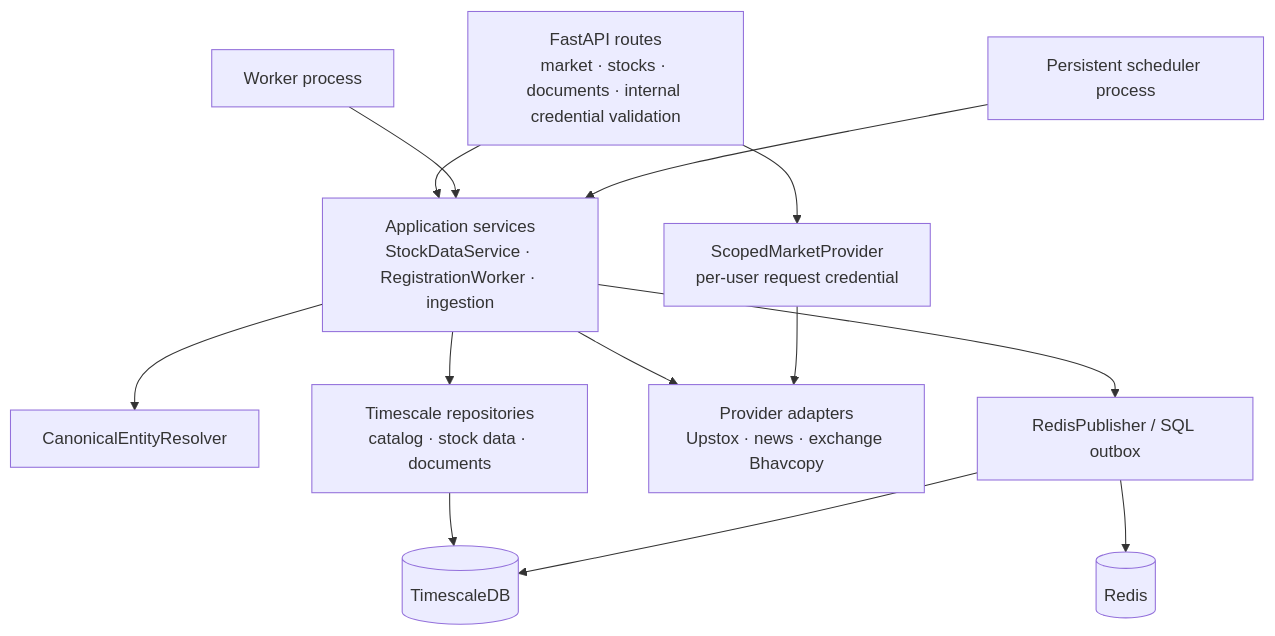
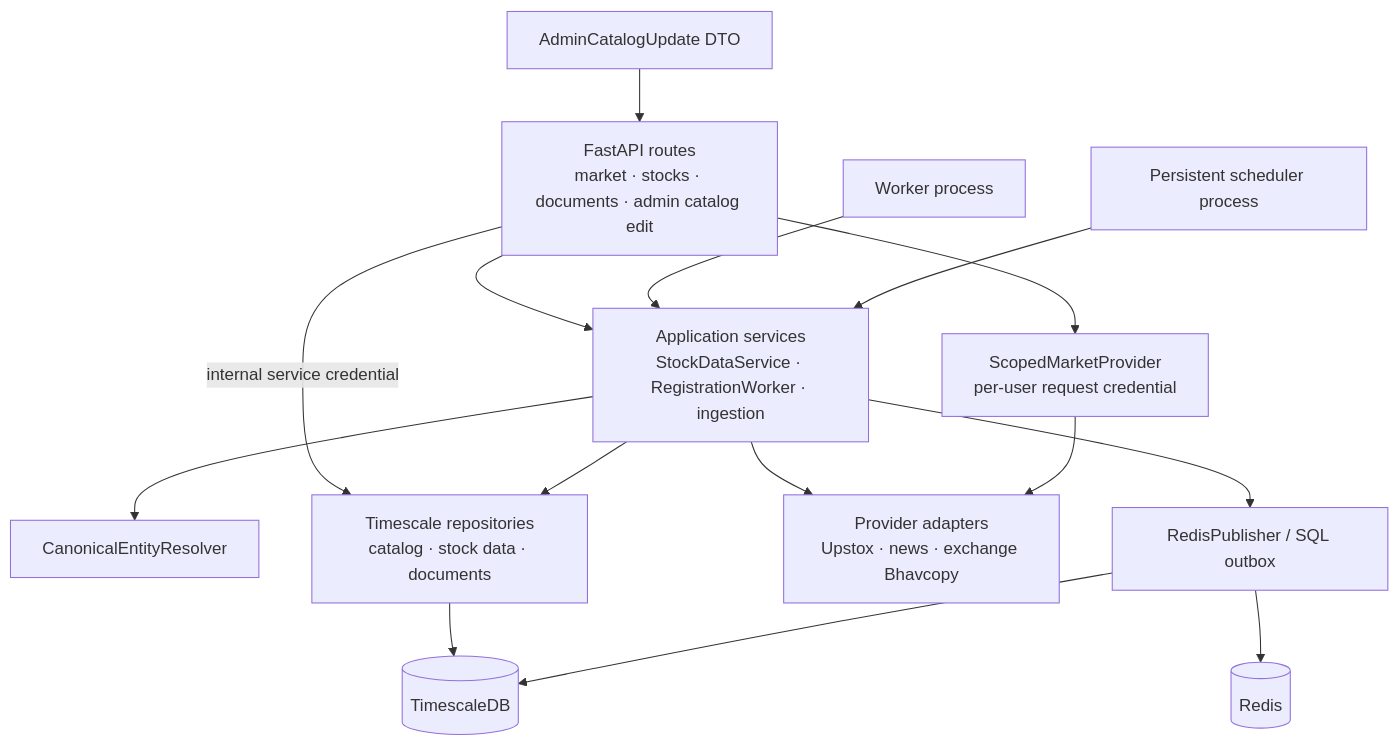
Before and after one commit to ShriNarayanPandey01/StockGraph: the first of 2 diagrams in docs/architecture/data-service.md, drawn with Mermaid. The commit also changed other lines of this file and 124 other files, not shown here.

````diff
--- a/docs/architecture/data-service.md
+++ b/docs/architecture/data-service.md
@@ -17,24 +17,27 @@
 ```mermaid
 flowchart TB
-    API[FastAPI routes\nmarket · stocks · documents · internal credential validation]
+    API[FastAPI routes\nmarket · stocks · documents · admin catalog edit]
     App[Application services\nStockDataService · RegistrationWorker · ingestion]
     Resolver[CanonicalEntityResolver]
+    CatalogEdit[AdminCatalogUpdate DTO]
     Repo[Timescale repositories\ncatalog · stock data · documents]
     Provider[Provider adapters\nUpstox · news · exchange Bhavcopy]
     Scoped[ScopedMarketProvider\nper-user request credential]
     Publisher[RedisPublisher / SQL outbox]
     SQL[(TimescaleDB)]
     Redis[(Redis)]
     API --> App
+    API -->|internal service credential| Repo
     API --> Scoped
     App --> Resolver
     App --> Provider
     App --> Repo
     Scoped --> Provider
     Repo --> SQL
     App --> Publisher
     Publisher --> SQL
     Publisher --> Redis
     Worker[Worker process] --> App
     Scheduler[Persistent scheduler process] --> App
+    CatalogEdit --> API
 ```
````
